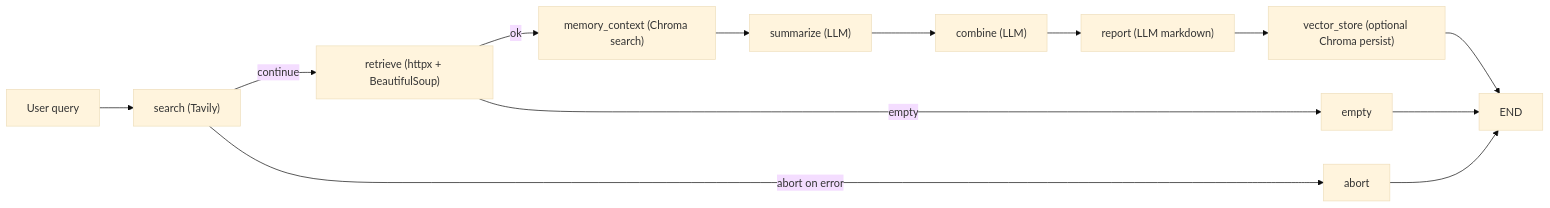
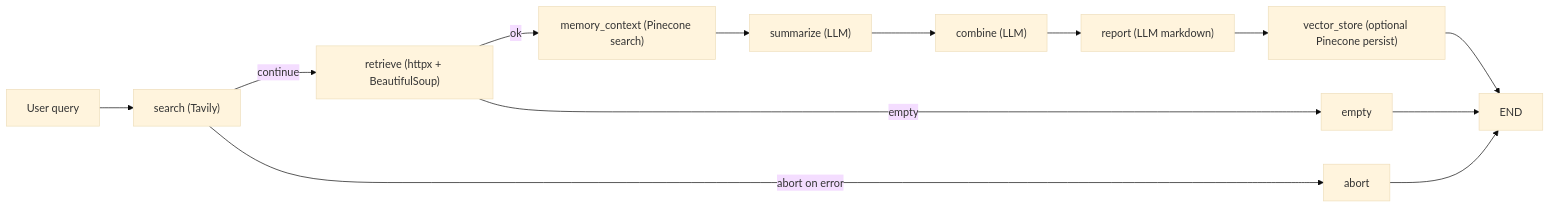
One commit to KostasCherv/research_agent changed the first of 2 diagrams in README.md. Above: the diagram before and after it, drawn with Mermaid (base theme). The commit also changed other lines of this file and 10 other files, not shown here.

````diff
--- a/README.md
+++ b/README.md
@@ -8,15 +8,15 @@
 ```mermaid
 flowchart LR
     userQuery["User query"] --> search["search (Tavily)"]
     search -->|"continue"| retrieve["retrieve (httpx + BeautifulSoup)"]
     search -->|"abort on error"| abortNode["abort"]
-    retrieve -->|"ok"| memoryContext["memory_context (Chroma search)"]
+    retrieve -->|"ok"| memoryContext["memory_context (Pinecone search)"]
     retrieve -->|"empty"| emptyNode["empty"]
     memoryContext --> summarize["summarize (LLM)"]
     summarize --> combine["combine (LLM)"]
     combine --> report["report (LLM markdown)"]
-    report --> vectorStore["vector_store (optional Chroma persist)"]
+    report --> vectorStore["vector_store (optional Pinecone persist)"]
     vectorStore --> endNode["END"]
     abortNode --> endNode
     emptyNode --> endNode
 ```
````
